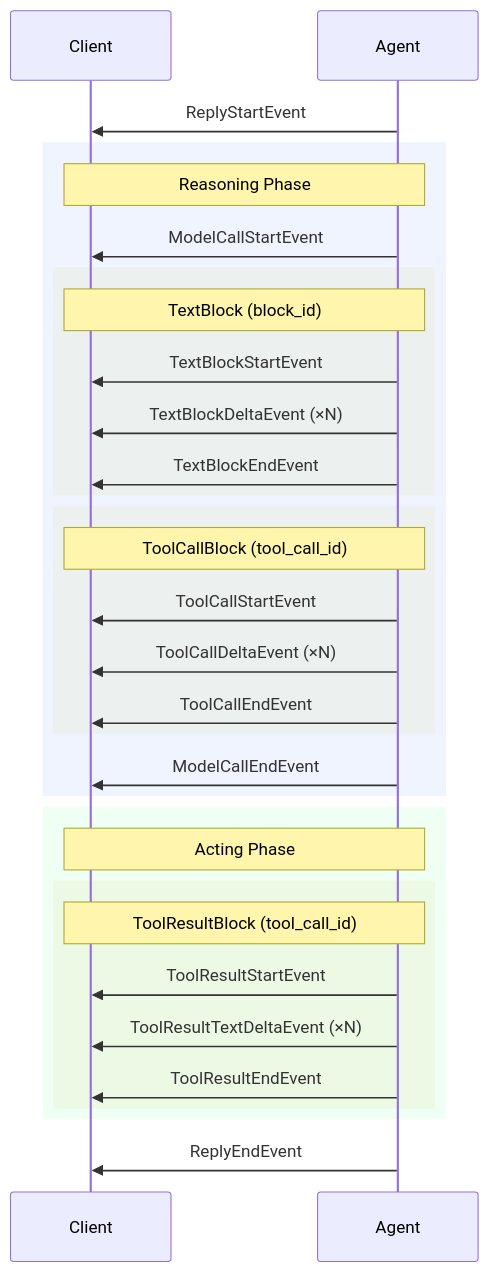
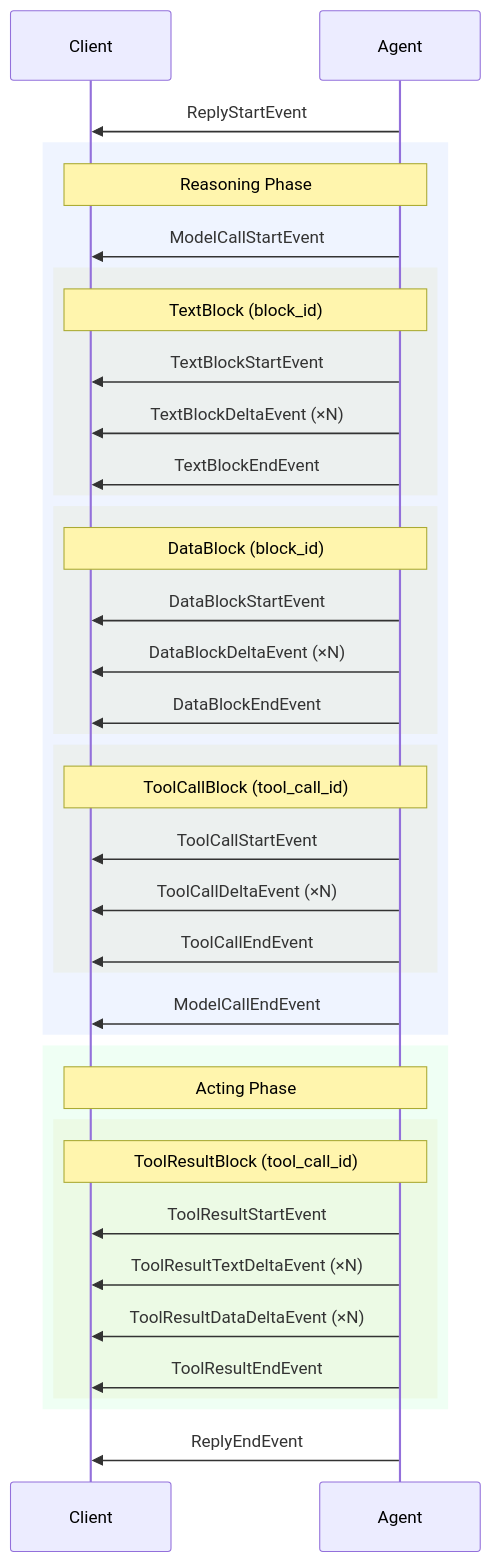
Before and after one commit to Osier-Yi/docs: the diagram in v2/building-blocks/message-and-event.mdx, drawn with Mermaid. The commit also changed other lines of this file and 21 other files, not shown here.

````diff
--- a/v2/building-blocks/message-and-event.mdx
+++ b/v2/building-blocks/message-and-event.mdx
@@ -111,37 +118,44 @@
 ```mermaid
 sequenceDiagram
     participant Client
     participant Agent
 
     Agent->>Client: ReplyStartEvent
 
     rect rgba(100, 150, 255, 0.1)
         Note over Client,Agent: Reasoning Phase
         Agent->>Client: ModelCallStartEvent
         rect rgba(200, 200, 100, 0.1)
             Note over Client,Agent: TextBlock (block_id)
             Agent->>Client: TextBlockStartEvent
             Agent->>Client: TextBlockDeltaEvent (×N)
             Agent->>Client: TextBlockEndEvent
         end
         rect rgba(200, 200, 100, 0.1)
+            Note over Client,Agent: DataBlock (block_id)
+            Agent->>Client: DataBlockStartEvent
+            Agent->>Client: DataBlockDeltaEvent (×N)
+            Agent->>Client: DataBlockEndEvent
+        end
+        rect rgba(200, 200, 100, 0.1)
             Note over Client,Agent: ToolCallBlock (tool_call_id)
             Agent->>Client: ToolCallStartEvent
             Agent->>Client: ToolCallDeltaEvent (×N)
             Agent->>Client: ToolCallEndEvent
         end
         Agent->>Client: ModelCallEndEvent
     end
 
     rect rgba(100, 255, 150, 0.1)
         Note over Client,Agent: Acting Phase
         rect rgba(200, 200, 100, 0.1)
             Note over Client,Agent: ToolResultBlock (tool_call_id)
             Agent->>Client: ToolResultStartEvent
             Agent->>Client: ToolResultTextDeltaEvent (×N)
+            Agent->>Client: ToolResultDataDeltaEvent (×N)
             Agent->>Client: ToolResultEndEvent
         end
     end
 
     Agent->>Client: ReplyEndEvent
 ```
````
